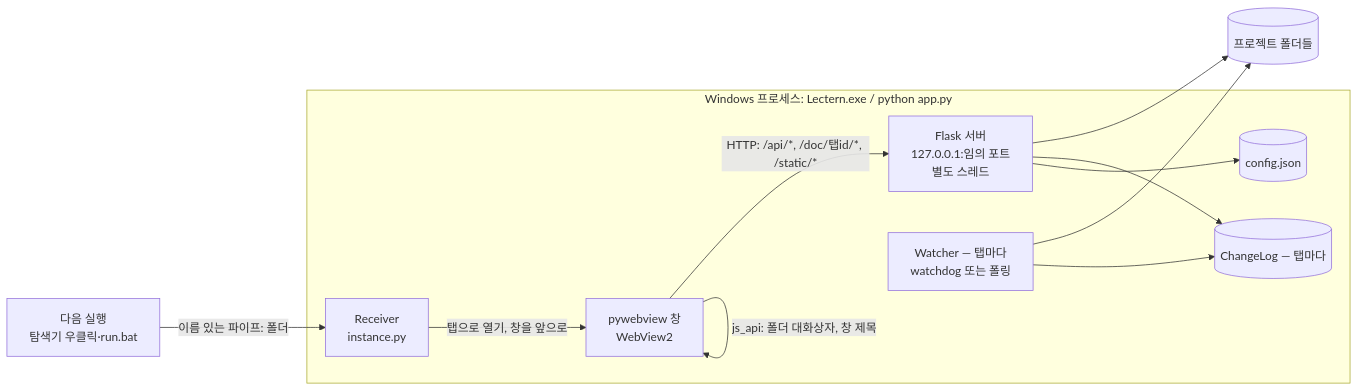
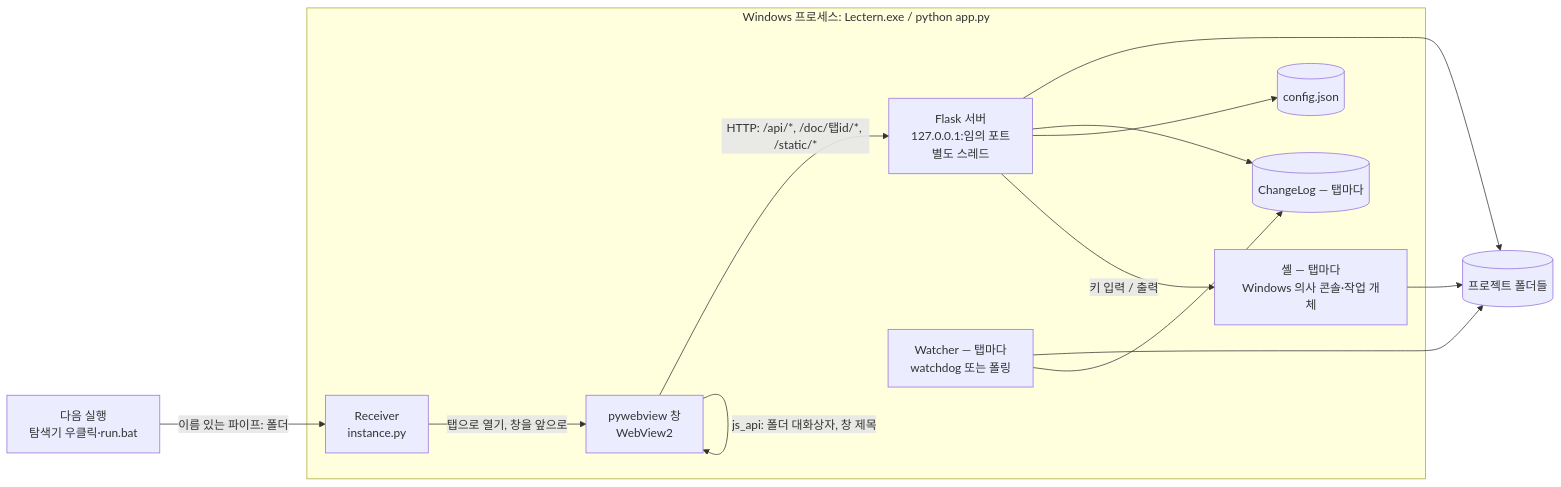
The first of 2 diagrams in docs/ARCHITECTURE.md (samiblog/lectern), drawn with Mermaid before and after one commit. The commit also changed other lines of this file and 33 other files, not shown here.

````diff
--- a/docs/ARCHITECTURE.md
+++ b/docs/ARCHITECTURE.md
@@ -7,22 +7,25 @@
 ```mermaid
 flowchart LR
     subgraph Win[Windows 프로세스: Lectern.exe / python app.py]
         PW[pywebview 창<br/>WebView2]
         HTTP[Flask 서버<br/>127.0.0.1:임의 포트<br/>별도 스레드]
         W[Watcher — 탭마다<br/>watchdog 또는 폴링]
         LOG[(ChangeLog — 탭마다)]
         CFG[(config.json)]
         RCV[Receiver<br/>instance.py]
+        TERM[셸 — 탭마다<br/>Windows 의사 콘솔·작업 개체]
     end
     FS[(프로젝트 폴더들)]
     NEXT[다음 실행<br/>탐색기 우클릭·run.bat]
     PW -- "HTTP: /api/*, /doc/탭id/*, /static/*" --> HTTP
     PW -- "js_api: 폴더 대화상자, 창 제목" --> PW
     HTTP --> FS
     W --> FS
     W --> LOG
     HTTP --> LOG
     HTTP --> CFG
+    HTTP -- "키 입력 / 출력" --> TERM
+    TERM --> FS
     NEXT -- "이름 있는 파이프: 폴더" --> RCV
     RCV -- "탭으로 열기, 창을 앞으로" --> PW
 ```
````
